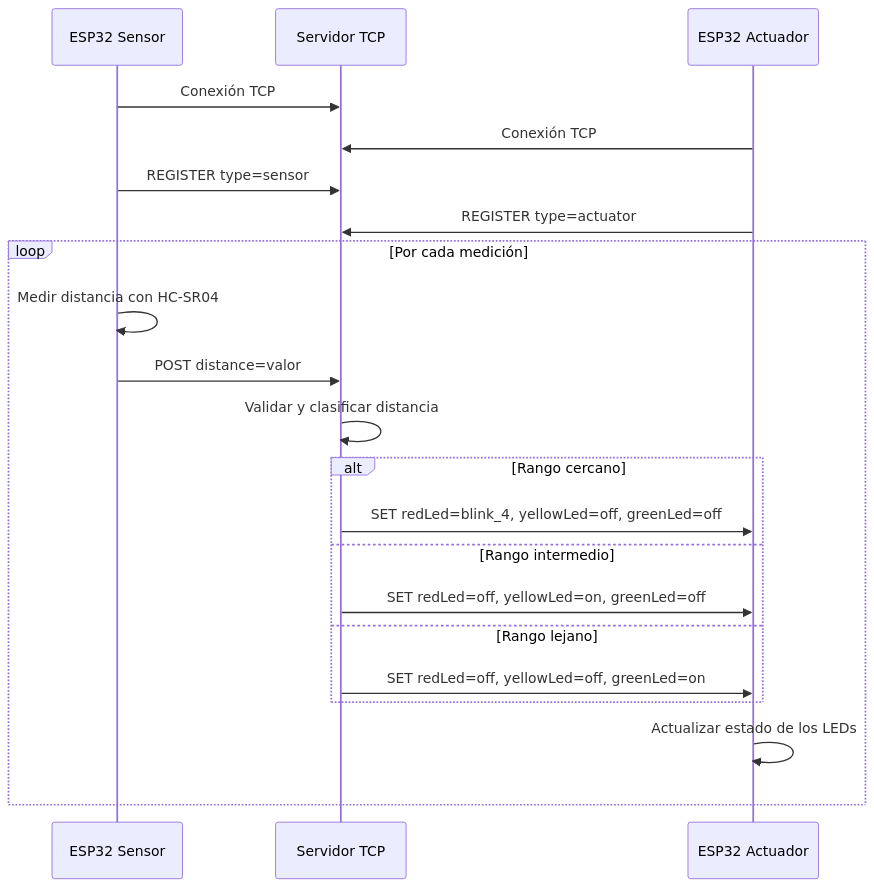
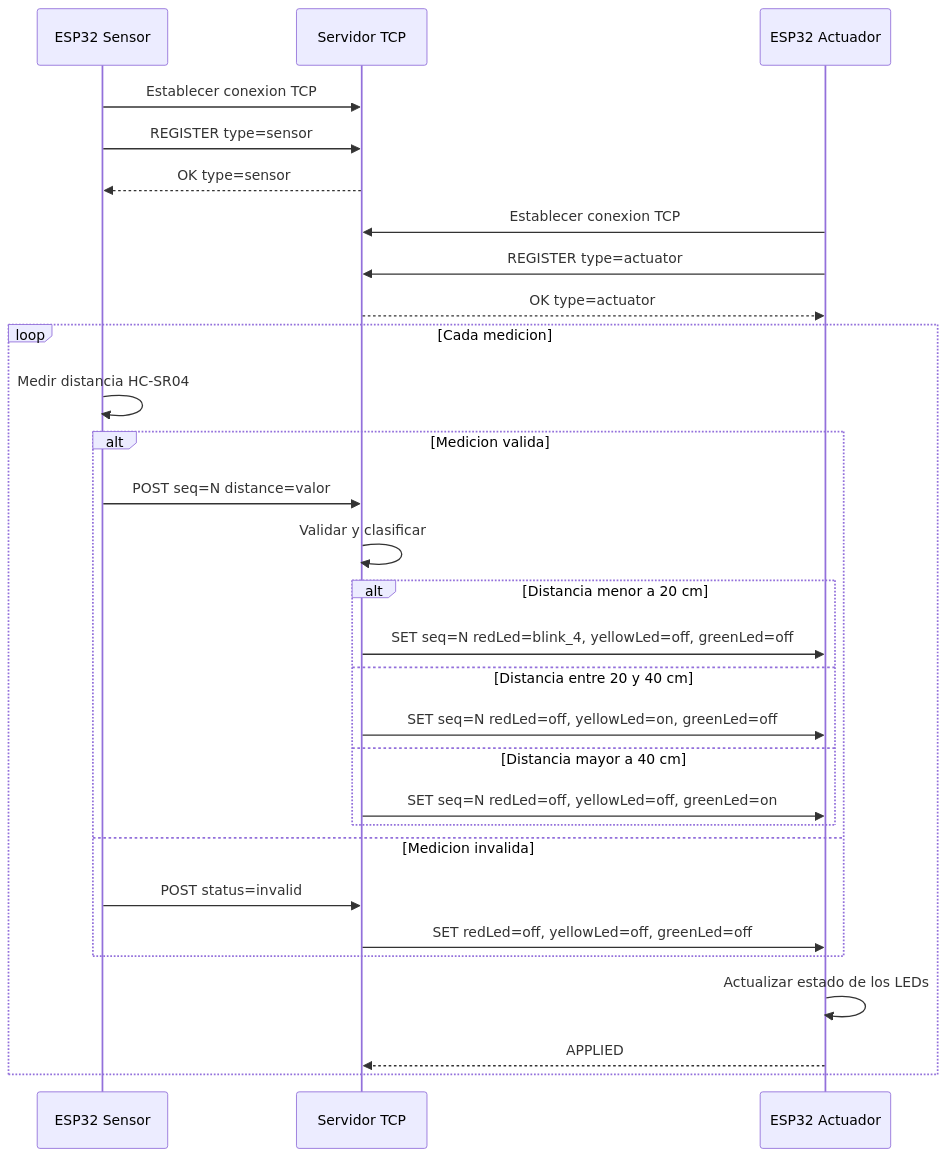
One commit to Matuidich/Practica2-IoT changed the second of 2 diagrams in informe.md. Above: the diagram before and after it, drawn with Mermaid. The commit also changed other lines of this file and 81 other files, not shown here.

````diff
--- a/informe.md
+++ b/informe.md
@@ -163,28 +171,38 @@
 ```mermaid
 sequenceDiagram
     participant S as ESP32 Sensor
     participant SV as Servidor TCP
     participant A as ESP32 Actuador
 
-    S->>SV: Conexión TCP
-    A->>SV: Conexión TCP
+    S->>SV: Establecer conexion TCP
+    S->>SV: REGISTER type=sensor
+    SV-->>S: OK type=sensor
 
-    S->>SV: REGISTER type=sensor
+    A->>SV: Establecer conexion TCP
     A->>SV: REGISTER type=actuator
+    SV-->>A: OK type=actuator
 
-    loop Por cada medición
-        S->>S: Medir distancia con HC-SR04
-        S->>SV: POST distance=valor
-        SV->>SV: Validar y clasificar distancia
+    loop Cada medicion
+        S->>S: Medir distancia HC-SR04
 
-        alt Rango cercano
-            SV->>A: SET redLed=blink_4, yellowLed=off, greenLed=off
-        else Rango intermedio
-            SV->>A: SET redLed=off, yellowLed=on, greenLed=off
-        else Rango lejano
-            SV->>A: SET redLed=off, yellowLed=off, greenLed=on
+        alt Medicion valida
+            S->>SV: POST seq=N distance=valor
+            SV->>SV: Validar y clasificar
+
+            alt Distancia menor a 20 cm
+                SV->>A: SET seq=N redLed=blink_4, yellowLed=off, greenLed=off
+            else Distancia entre 20 y 40 cm
+                SV->>A: SET seq=N redLed=off, yellowLed=on, greenLed=off
+            else Distancia mayor a 40 cm
+                SV->>A: SET seq=N redLed=off, yellowLed=off, greenLed=on
+            end
+
+        else Medicion invalida
+            S->>SV: POST status=invalid
+            SV->>A: SET redLed=off, yellowLed=off, greenLed=off
         end
 
         A->>A: Actualizar estado de los LEDs
+        A-->>SV: APPLIED
     end
 ```
````
